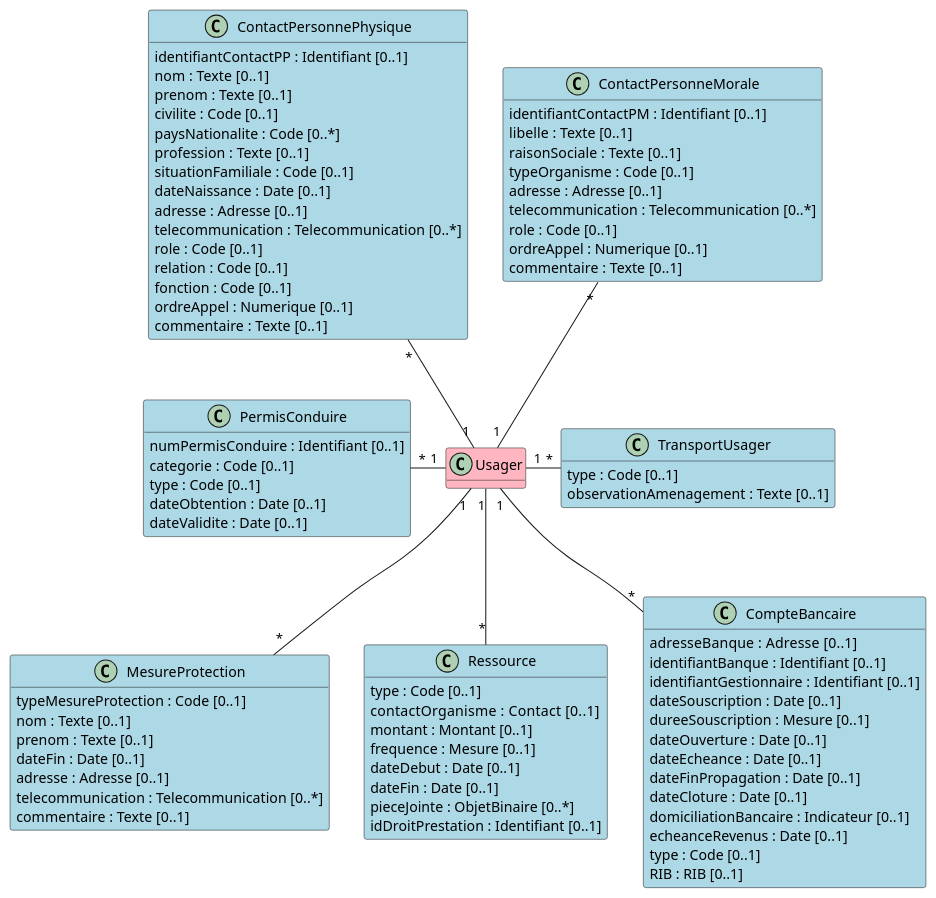
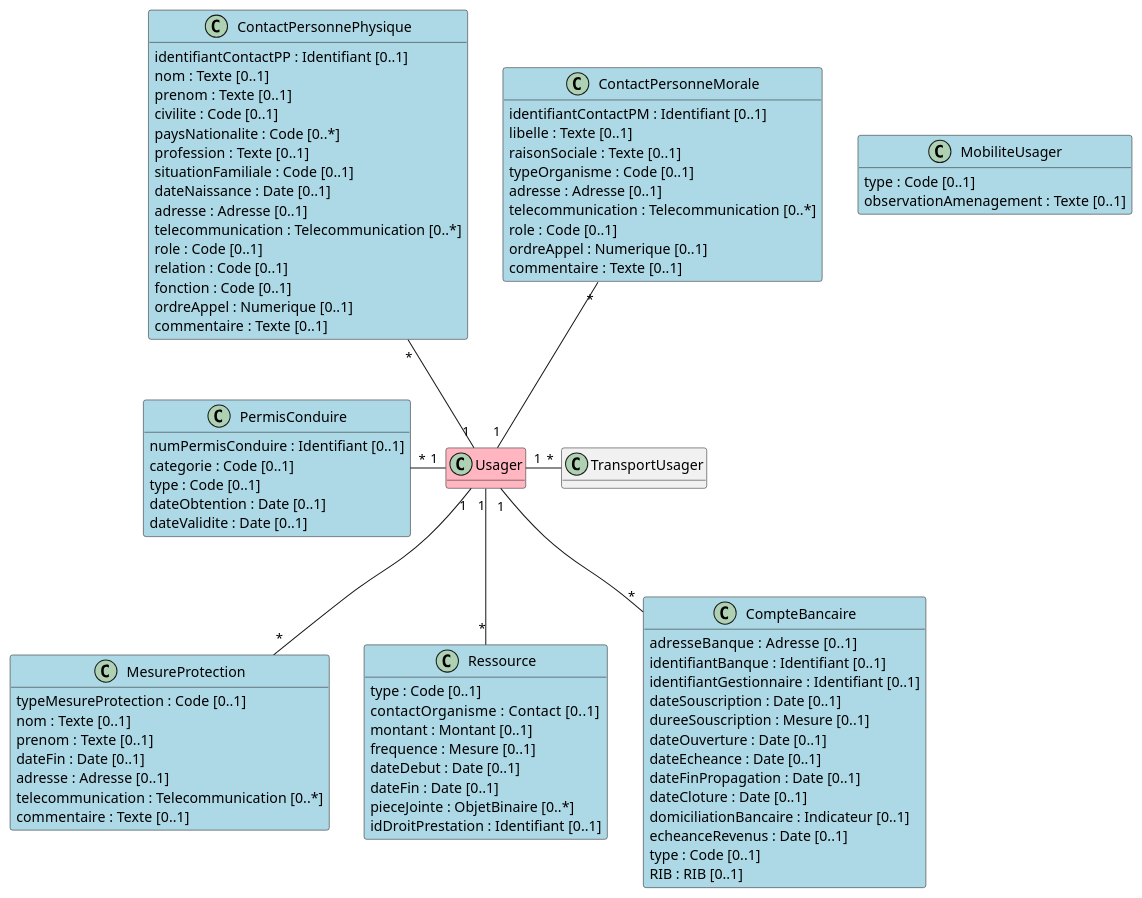
One commit to ansforge/IG-fhir-medicosocial-transfert-donnees-dui changed the diagram in input/images-source/bloc_environnement_ressources.plantuml. Above: the diagram before and after it, drawn with PlantUML. The commit also changed 1 other file, not shown here.

```diff
--- a/input/images-source/bloc_environnement_ressources.plantuml
+++ b/input/images-source/bloc_environnement_ressources.plantuml
@@ -1,95 +1,95 @@
 @startuml
 
 hide empty methods
 
 class Usager #LightPink
 
 class ContactPersonnePhysique #LightBlue {
     identifiantContactPP : Identifiant [0..1]
     nom : Texte [0..1]
     prenom : Texte [0..1]
     civilite : Code [0..1]
     paysNationalite : Code [0..*]
     profession : Texte [0..1]
     situationFamiliale : Code [0..1]
     dateNaissance : Date [0..1]
     adresse : Adresse [0..1]
     telecommunication : Telecommunication [0..*]
     role : Code [0..1]
     relation : Code [0..1]
     fonction : Code [0..1]
     ordreAppel : Numerique [0..1]
     commentaire : Texte [0..1]
 }
 
 class ContactPersonneMorale #LightBlue {
     identifiantContactPM : Identifiant [0..1]
     libelle : Texte [0..1]
     raisonSociale : Texte [0..1]
     typeOrganisme : Code [0..1]
     adresse : Adresse [0..1]
     telecommunication : Telecommunication [0..*]
     role : Code [0..1]
     ordreAppel : Numerique [0..1]
     commentaire : Texte [0..1]
 }
 
 class MesureProtection #LightBlue {
     typeMesureProtection : Code [0..1]
     nom : Texte [0..1]
     prenom : Texte [0..1]
     dateFin : Date [0..1]
     adresse : Adresse [0..1]
     telecommunication : Telecommunication [0..*]
     commentaire : Texte [0..1]
 }
 
-class TransportUsager #LightBlue {
+class MobiliteUsager #LightBlue {
     type : Code [0..1]
     observationAmenagement : Texte [0..1]
 }
 
 class PermisConduire #LightBlue {
     numPermisConduire : Identifiant [0..1]
     categorie : Code [0..1]
     type : Code [0..1]
     dateObtention : Date [0..1]
     dateValidite : Date [0..1]
 }
 
 class Ressource #LightBlue {
     type : Code [0..1]
     contactOrganisme :  Contact  [0..1]
     montant : Montant [0..1]
     frequence : Mesure [0..1]
     dateDebut : Date [0..1]
     dateFin : Date [0..1]
     pieceJointe : ObjetBinaire [0..*]
     idDroitPrestation : Identifiant [0..1]
 }
 
 class CompteBancaire #LightBlue {
     adresseBanque :  Adresse [0..1]
     identifiantBanque : Identifiant [0..1]
     identifiantGestionnaire : Identifiant [0..1]
     dateSouscription : Date [0..1]
     dureeSouscription : Mesure [0..1]
     dateOuverture : Date [0..1]
     dateEcheance : Date [0..1]
     dateFinPropagation : Date [0..1]
     dateCloture : Date [0..1]
     domiciliationBancaire : Indicateur [0..1]
     echeanceRevenus : Date [0..1]
     type : Code [0..1]
     RIB : RIB [0..1]
 }
 
 ContactPersonnePhysique "*" -- "1" Usager
 ContactPersonneMorale "*" -- "1" Usager 
 PermisConduire "*" - "1" Usager 
 Usager"1" - "*" TransportUsager 
 Usager "1" -- "*" MesureProtection
 Usager "1" -- "*" CompteBancaire
 Usager "1" -- "*" Ressource
 
 @enduml
```
